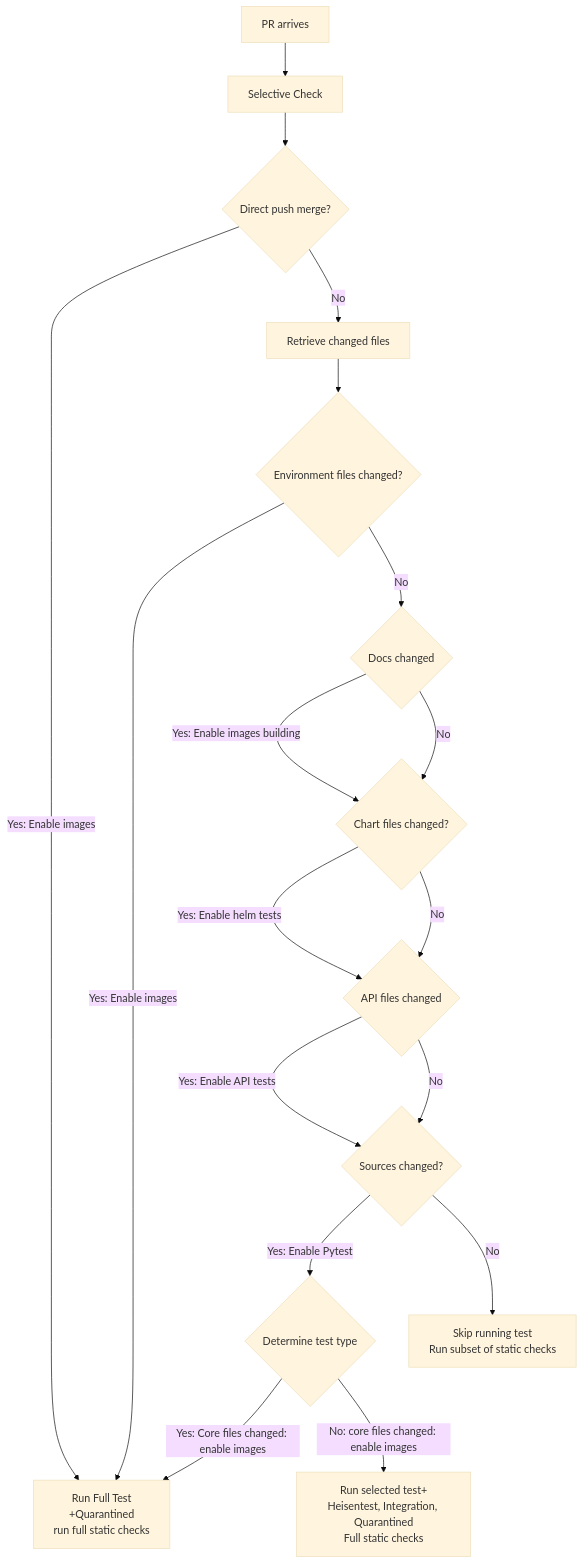
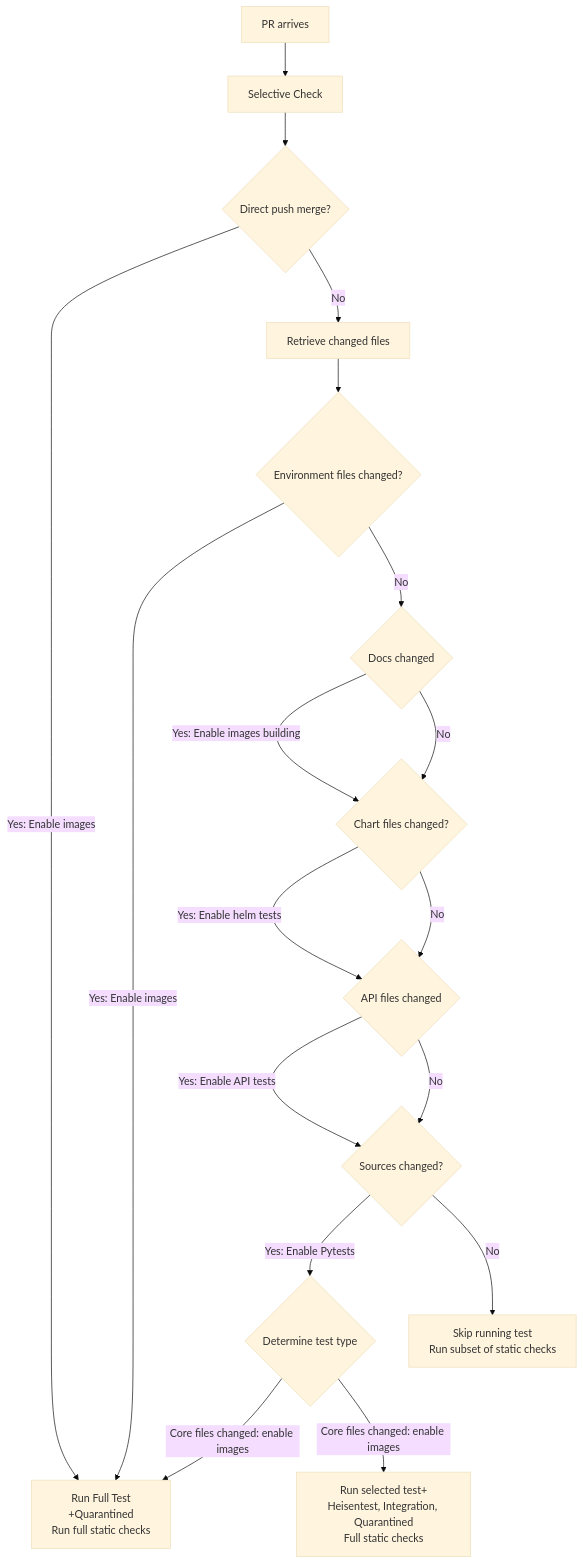
One commit to edithturn/golang-training changed the diagram in README.md. Above: the diagram before and after it, drawn with Mermaid (base theme).

Commit message:
test mermaid

````diff
--- a/README.md
+++ b/README.md
@@ -7,20 +7,20 @@
 ```mermaid
 flowchart TD
 A[PR arrives]-->B[Selective Check]
 B-->C{Direct push merge?}
-C-->|Yes: Enable images| D[Run Full Test<br />+Quarantined<br />run full static checks]
+C-->|Yes: Enable images| D[Run Full Test<br />+Quarantined<br />Run full static checks]
 C-->|No| E[Retrieve changed files]
 E-->F{Environment files changed?}
 F-->|Yes: Enable images| D
 F-->|No| G{Docs changed}
 G-->|Yes: Enable images building| I{Chart files changed?}
 G-->|No| I
 I-->|Yes: Enable helm tests| J{API files changed}
 I-->|No| J
 J-->|Yes: Enable API tests| H{Sources changed?}
 J-->|No| H
-H-->|Yes: Enable Pytest| K{Determine test type}
-K-->|Yes: Core files changed: enable images| D
-K-->|No: core files changed: enable images| M[Run selected test+<br />Heisentest, Integration, Quarantined<br />Full static checks] 
+H-->|Yes: Enable Pytests| K{Determine test type}
+K-->|Core files changed: enable images| D
+K-->|Core files changed: enable images| M[Run selected test+<br />Heisentest, Integration, Quarantined<br />Full static checks] 
 H-->|No| L[Skip running test<br />Run subset of static checks]
 ```
````
